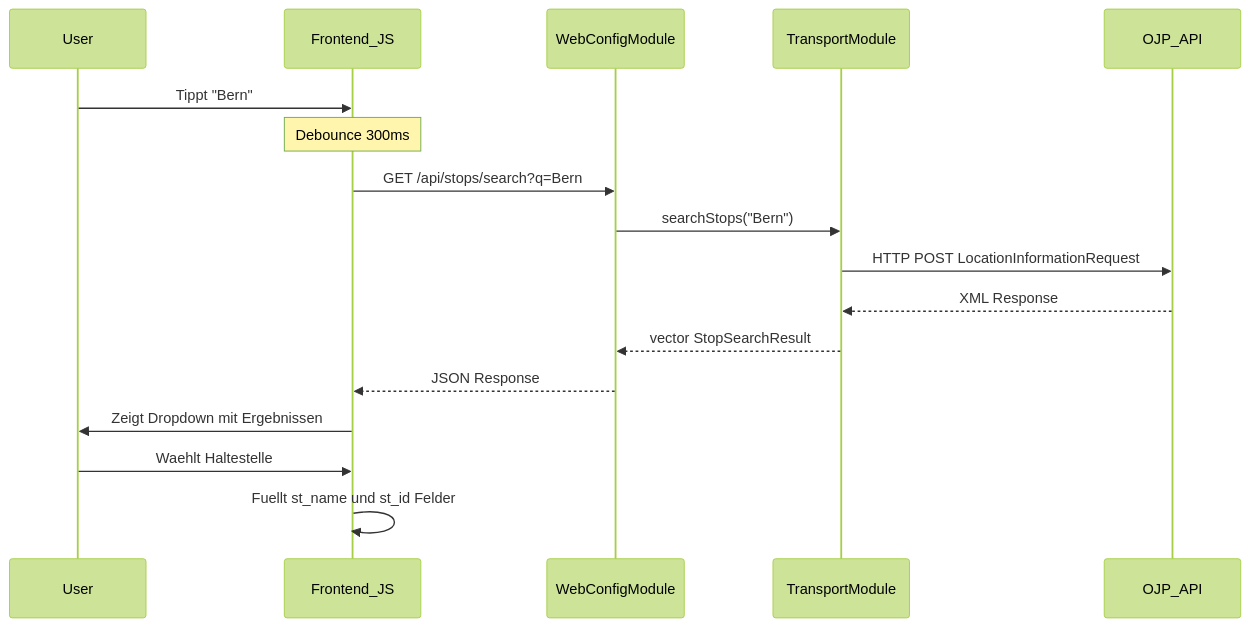
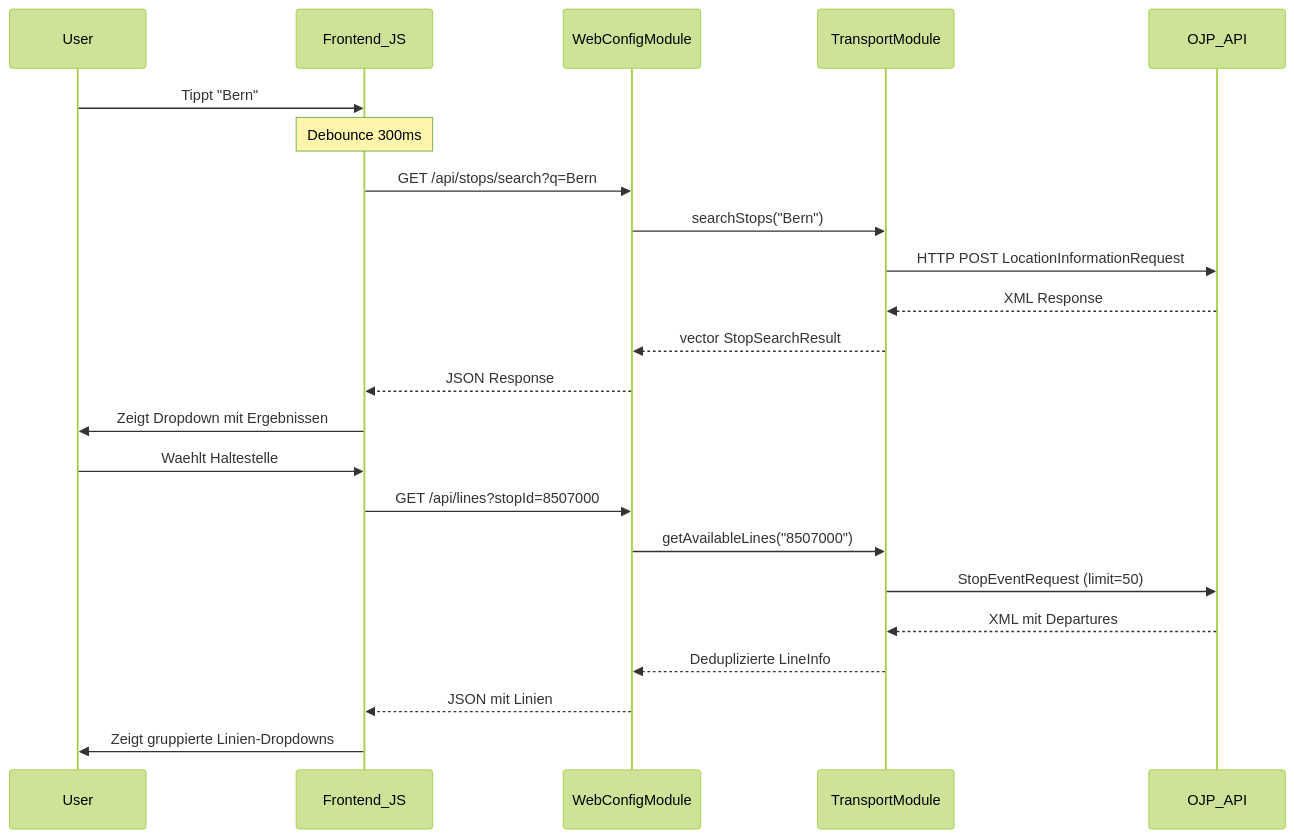
Before and after one commit to Mahboob22-bit/crowpanel-oev-display: the second of 3 diagrams in ARCHITECTURE.md, drawn with Mermaid (forest theme). The commit also changed other lines of this file and 5 other files, not shown here.

First line of the commit message:
Enhance web interface with new features and API endpoints

````diff
--- a/ARCHITECTURE.md
+++ b/ARCHITECTURE.md
@@ -62,20 +70,26 @@
 ```mermaid
 sequenceDiagram
     participant User
     participant Frontend as Frontend_JS
     participant WebConfig as WebConfigModule
     participant Transport as TransportModule
     participant OJP as OJP_API
 
     User->>Frontend: Tippt "Bern"
     Note over Frontend: Debounce 300ms
     Frontend->>WebConfig: GET /api/stops/search?q=Bern
     WebConfig->>Transport: searchStops("Bern")
     Transport->>OJP: HTTP POST LocationInformationRequest
     OJP-->>Transport: XML Response
     Transport-->>WebConfig: vector StopSearchResult
     WebConfig-->>Frontend: JSON Response
     Frontend->>User: Zeigt Dropdown mit Ergebnissen
     User->>Frontend: Waehlt Haltestelle
-    Frontend->>Frontend: Fuellt st_name und st_id Felder
+    Frontend->>WebConfig: GET /api/lines?stopId=8507000
+    WebConfig->>Transport: getAvailableLines("8507000")
+    Transport->>OJP: StopEventRequest (limit=50)
+    OJP-->>Transport: XML mit Departures
+    Transport-->>WebConfig: Deduplizierte LineInfo
+    WebConfig-->>Frontend: JSON mit Linien
+    Frontend->>User: Zeigt gruppierte Linien-Dropdowns
 ```
````
